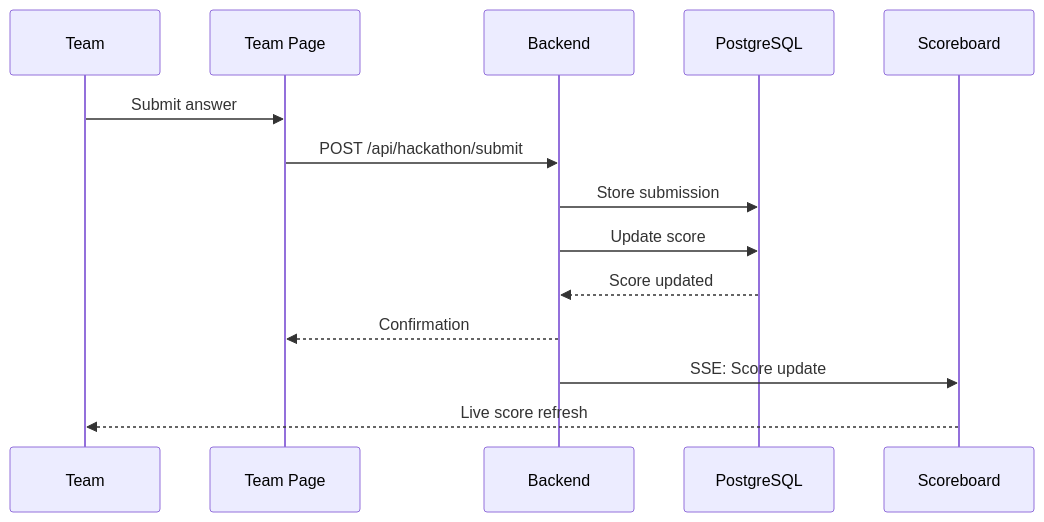
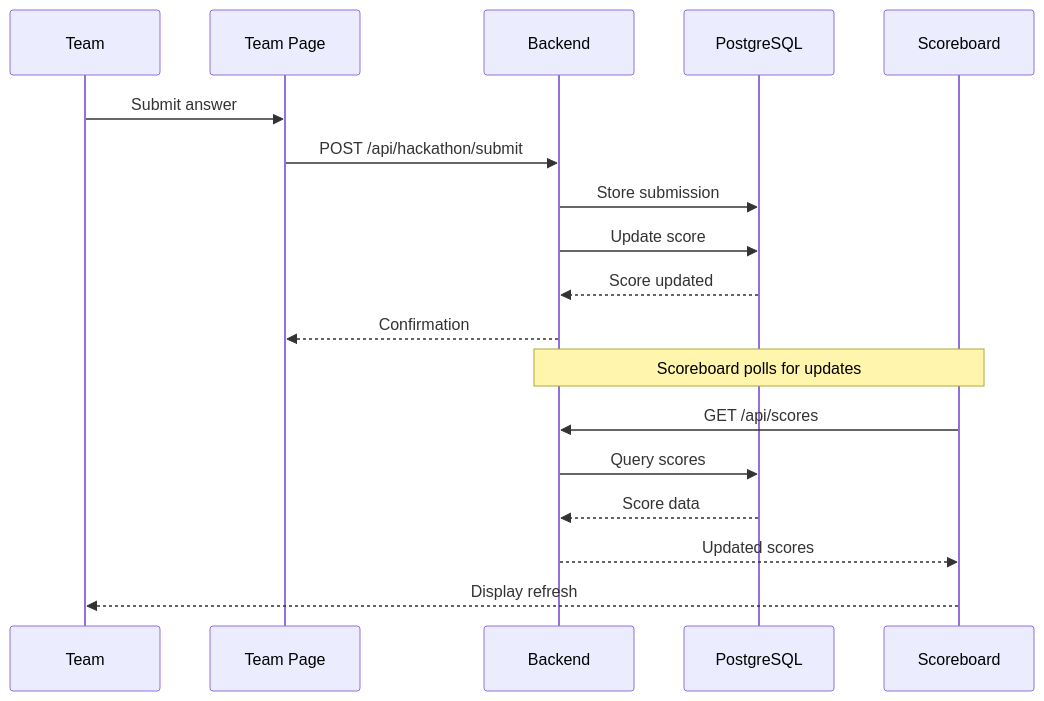
The fifth of 5 diagrams in ARCHITECTURE.md (QuickGlitch/HackathonChallenge), drawn with Mermaid before and after one commit. The commit also changed other lines of this file and 1 other file, not shown here.

Commit message:
diagram updates

````diff
--- a/ARCHITECTURE.md
+++ b/ARCHITECTURE.md
@@ -252,17 +230,22 @@
 ```mermaid
 sequenceDiagram
     participant T as Team
     participant TP as Team Page
     participant BE as Backend
     participant DB as PostgreSQL
     participant SB as Scoreboard
     
     T->>TP: Submit answer
     TP->>BE: POST /api/hackathon/submit
     BE->>DB: Store submission
     BE->>DB: Update score
     DB-->>BE: Score updated
     BE-->>TP: Confirmation
-    BE->>SB: SSE: Score update
-    SB-->>T: Live score refresh
+    
+    Note over SB,BE: Scoreboard polls for updates
+    SB->>BE: GET /api/scores
+    BE->>DB: Query scores
+    DB-->>BE: Score data
+    BE-->>SB: Updated scores
+    SB-->>T: Display refresh
 ```
````
